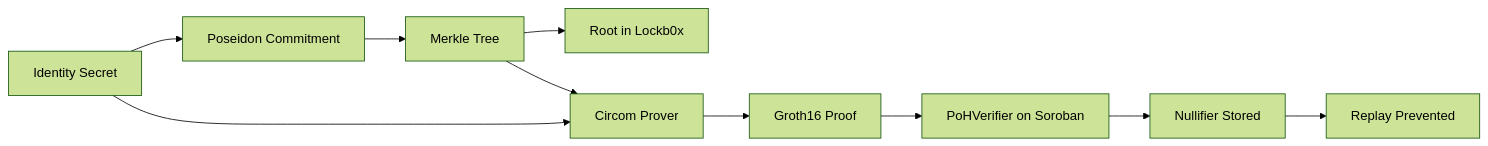
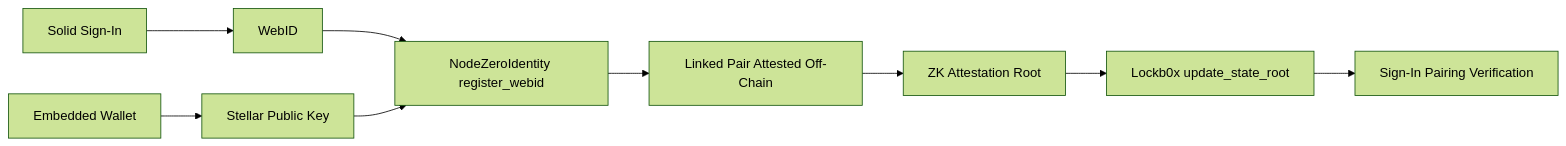
The diagram in README.md (lockb0x-llc/nodezero-social), drawn with Mermaid (forest theme) before and after one commit. The commit also changed other lines of this file and 16 other files, not shown here.

First line of the commit message:
Refactor README and documentation for Stellar<->Solid pairing attestation

````diff
--- a/README.md
+++ b/README.md
@@ -26,12 +28,11 @@
 ```mermaid
 flowchart LR
-  A[Identity Secret] --> B[Poseidon Commitment]
-  B --> C[Merkle Tree]
-  C --> D[Root in Lockb0x]
-  A --> E[Circom Prover]
-  C --> E
-  E --> F[Groth16 Proof]
-  F --> G[PoHVerifier on Soroban]
-  G --> H[Nullifier Stored]
-  H --> I[Replay Prevented]
+   A[Solid Sign-In] --> B[WebID]
+   C[Embedded Wallet] --> D[Stellar Public Key]
+   B --> E[NodeZeroIdentity register_webid]
+   D --> E
+   E --> F[Linked Pair Attested Off-Chain]
+   F --> G[ZK Attestation Root]
+   G --> H[Lockb0x update_state_root]
+   H --> I[Sign-In Pairing Verification]
 ```
````
